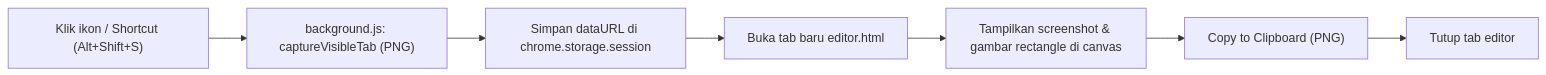
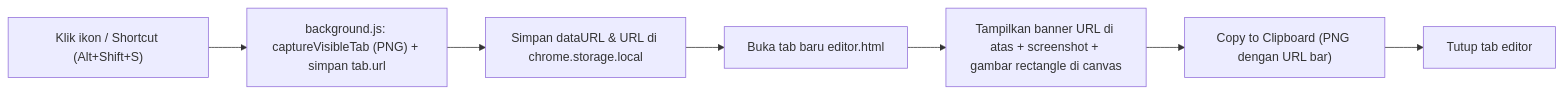
One commit to rifkykurniawan/my-screenshot-app changed the diagram in PLAN.md. Above: the diagram before and after it, drawn with Mermaid. The commit also changed other lines of this file and 4 other files, not shown here.

Commit message:
feat: add interactive screenshot editor interface with URL bar and rectangle annotation tools

````diff
--- a/PLAN.md
+++ b/PLAN.md
@@ -12,9 +13,9 @@
 ```mermaid
 flowchart LR
-A["Klik ikon / Shortcut (Alt+Shift+S)"] --> B["background.js: captureVisibleTab (PNG)"]
-B --> C["Simpan dataURL di chrome.storage.session"]
+A["Klik ikon / Shortcut (Alt+Shift+S)"] --> B["background.js: captureVisibleTab (PNG) + simpan tab.url"]
+B --> C["Simpan dataURL & URL di chrome.storage.local"]
 C --> D["Buka tab baru editor.html"]
-D --> E["Tampilkan screenshot & gambar rectangle di canvas"]
-E --> F["Copy to Clipboard (PNG)"]
+D --> E["Tampilkan banner URL di atas + screenshot + gambar rectangle di canvas"]
+E --> F["Copy to Clipboard (PNG dengan URL bar)"]
 F --> G["Tutup tab editor"]
 ```
````
